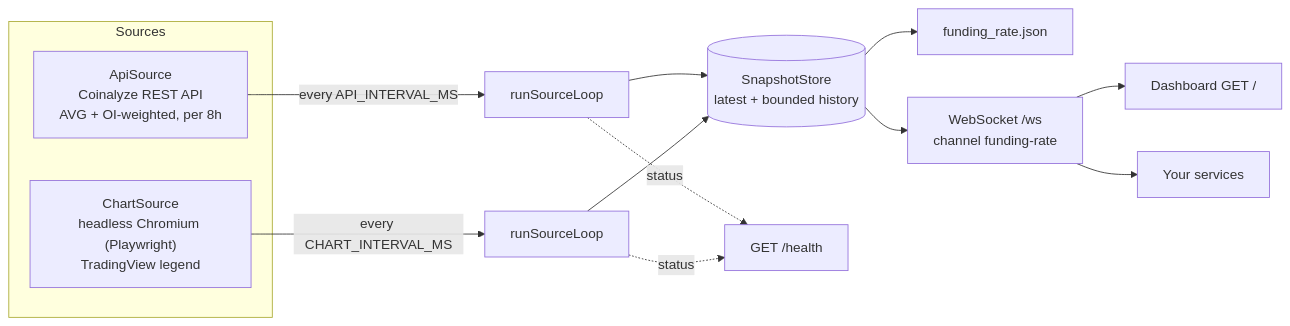
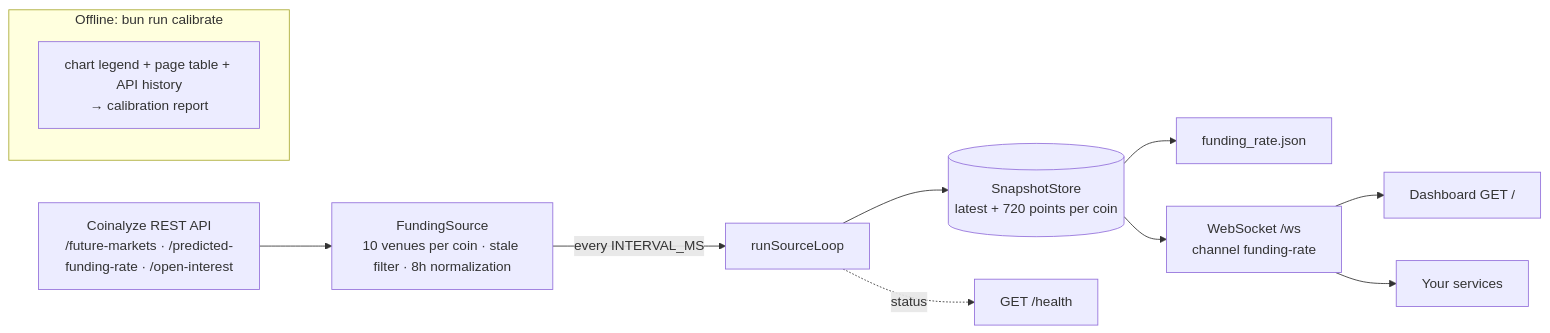
One commit to tarikcaykara/coinalyze-api changed the diagram in README.md. Above: the diagram before and after it, drawn with Mermaid. The commit also changed other lines of this file and 45 other files, not shown here.

First line of the commit message:
refactor!: API-only runtime with ten curated venues; chart becomes an offline calibration tool

````diff
--- a/README.md
+++ b/README.md
@@ -22,17 +26,15 @@
 ```mermaid
 flowchart LR
-  subgraph sources [Sources]
-    API["ApiSource<br/>Coinalyze REST API<br/>AVG + OI-weighted, per 8h"]
-    CHART["ChartSource<br/>headless Chromium (Playwright)<br/>TradingView legend"]
-  end
-  API -->|every API_INTERVAL_MS| LOOPA[runSourceLoop]
-  CHART -->|every CHART_INTERVAL_MS| LOOPC[runSourceLoop]
-  LOOPA --> STORE[("SnapshotStore<br/>latest + bounded history")]
-  LOOPC --> STORE
+  API["Coinalyze REST API<br/>/future-markets · /predicted-funding-rate · /open-interest"]
+  API --> SRC["FundingSource<br/>10 venues per coin · stale filter · 8h normalization"]
+  SRC -->|every INTERVAL_MS| LOOP[runSourceLoop]
+  LOOP --> STORE[("SnapshotStore<br/>latest + 720 points per coin")]
   STORE --> FILE[funding_rate.json]
   STORE --> WS["WebSocket /ws<br/>channel funding-rate"]
-  LOOPA -. status .-> HEALTH["GET /health"]
-  LOOPC -. status .-> HEALTH
+  LOOP -. status .-> HEALTH["GET /health"]
   WS --> DASH["Dashboard GET /"]
   WS --> CLIENTS[Your services]
+  subgraph offline ["Offline: bun run calibrate"]
+    CAL["chart legend + page table + API history<br/>→ calibration report"]
+  end
 ```
````
